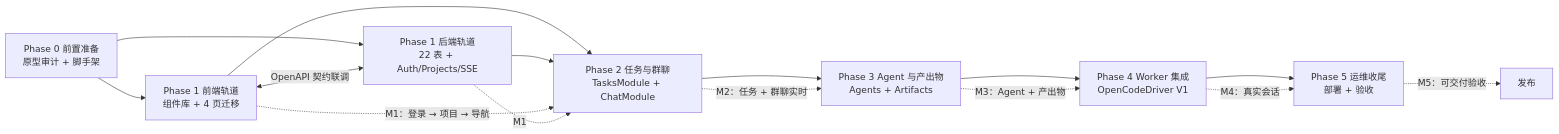
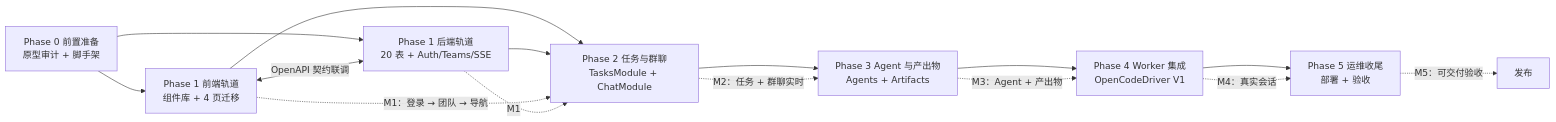
One commit to guolong123/vteam changed the first of 2 diagrams in docs/agent-platform/18-推进计划（分阶段实施）.md. Above: the diagram before and after it, drawn with Mermaid. The commit also changed other lines of this file and 169 other files, not shown here.

````diff
--- a/docs/agent-platform/18-推进计划（分阶段实施）.md
+++ b/docs/agent-platform/18-推进计划（分阶段实施）.md
@@ -63,25 +63,25 @@
 ```mermaid
 flowchart LR
     P0[Phase 0 前置准备<br/>原型审计 + 脚手架]
     P1F[Phase 1 前端轨道<br/>组件库 + 4 页迁移]
-    P1B[Phase 1 后端轨道<br/>22 表 + Auth/Projects/SSE]
+    P1B[Phase 1 后端轨道<br/>20 表 + Auth/Teams/SSE]
     P2[Phase 2 任务与群聊<br/>TasksModule + ChatModule]
     P3[Phase 3 Agent 与产出物<br/>Agents + Artifacts]
     P4[Phase 4 Worker 集成<br/>OpenCodeDriver V1]
     P5[Phase 5 运维收尾<br/>部署 + 验收]
 
     P0 --> P1F
     P0 --> P1B
     P1F <-->|OpenAPI 契约联调| P1B
     P1F & P1B --> P2
     P2 --> P3
     P3 --> P4
     P4 --> P5
 
-    P1F -. M1：登录 → 项目 → 导航 .-> P2
+    P1F -. M1：登录 → 团队 → 导航 .-> P2
     P1B -. M1 .-> P2
     P2 -. M2：任务 + 群聊实时 .-> P3
     P3 -. M3：Agent + 产出物 .-> P4
     P4 -. M4：真实会话 .-> P5
     P5 -. M5：可交付验收 .-> FINAL[发布]
 ```
````
